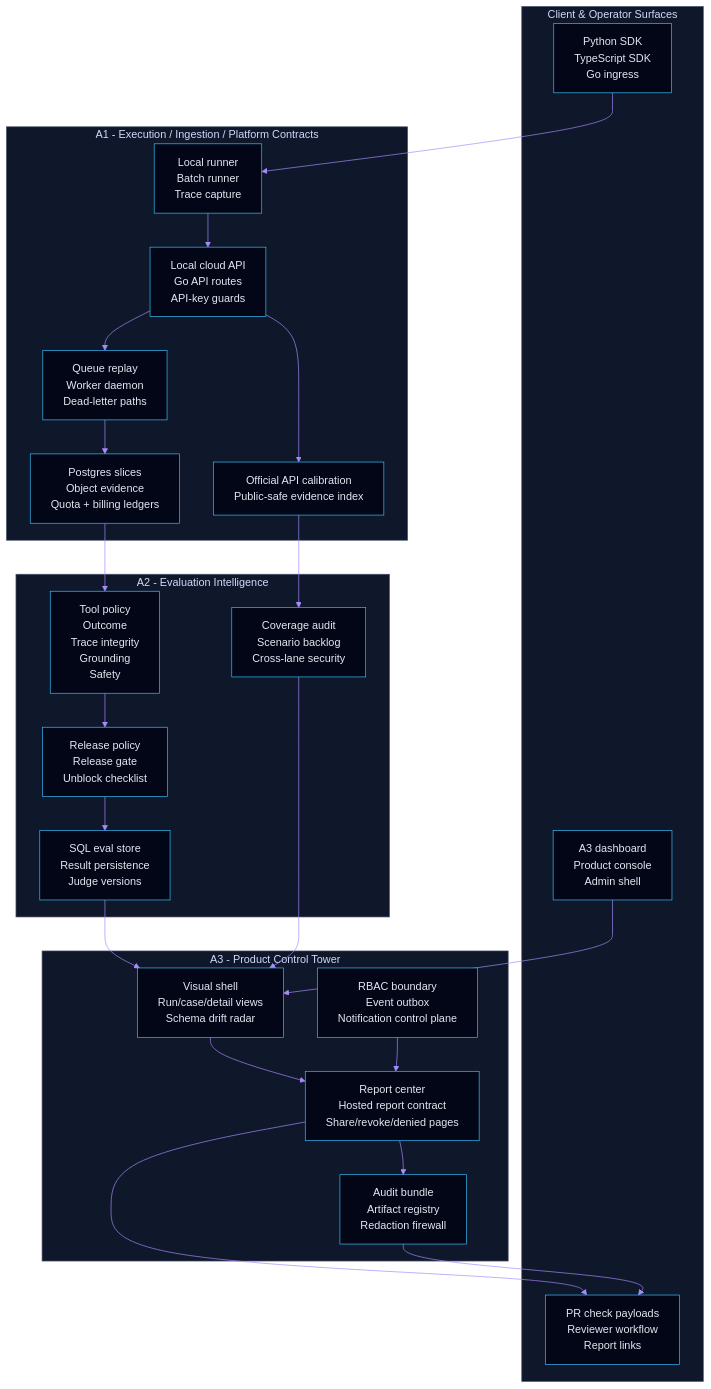
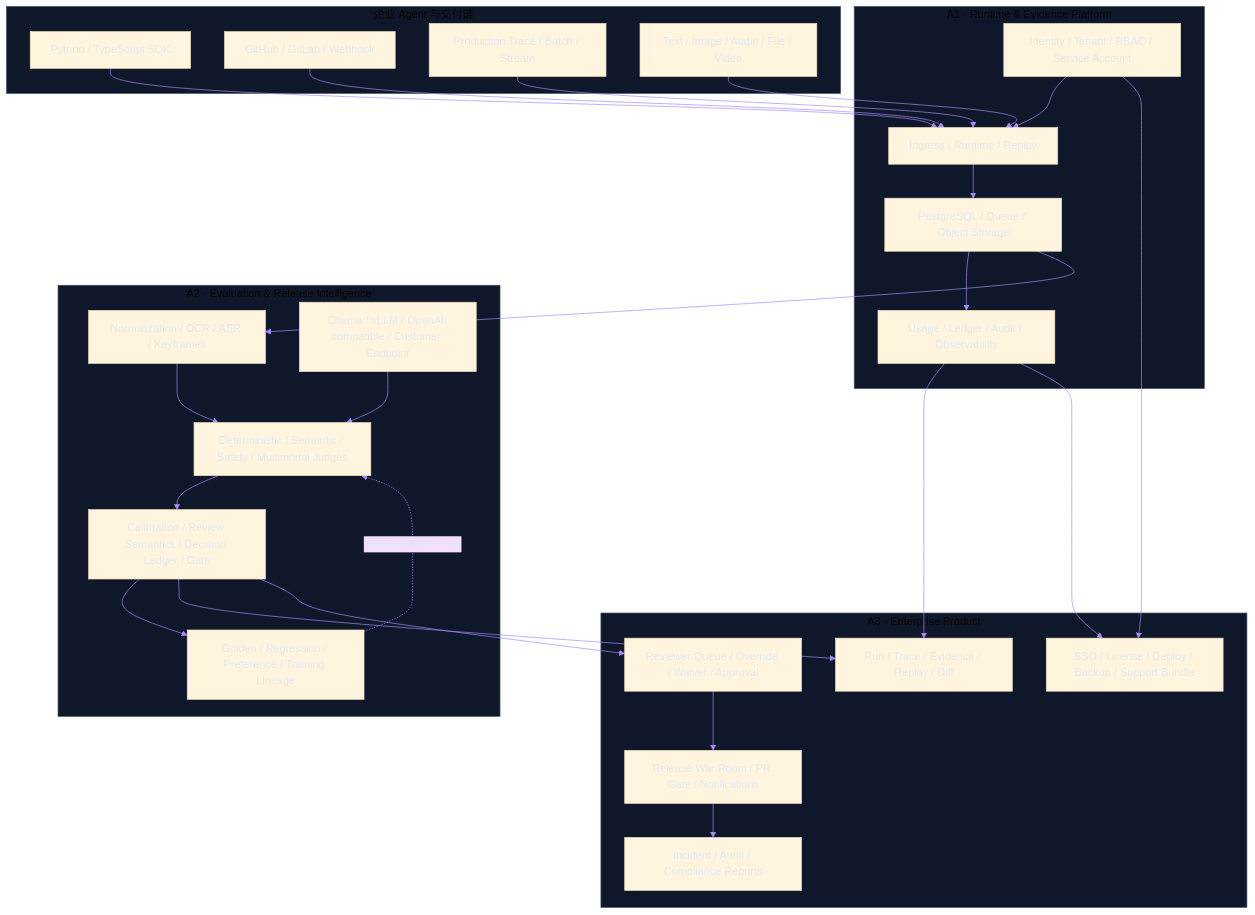
Before and after one commit to 3351666087/release-foundry: the second of 2 diagrams in README.md, drawn with Mermaid. The commit also changed other lines of this file and 5 other files, not shown here.

Commit message:
docs: unify enterprise release strategy

````diff
--- a/README.md
+++ b/README.md
@@ -106,44 +93,49 @@
 ```mermaid
-%%{init: {"theme": "base", "themeVariables": {"background": "transparent", "primaryColor": "#020617", "primaryTextColor": "#e2e8f0", "primaryBorderColor": "#38bdf8", "lineColor": "#a78bfa", "clusterBkg": "#0f172a", "clusterBorder": "#475569", "fontFamily": "Inter, ui-sans-serif, system-ui"}}}%%
+%%{init: {"theme": "base", "themeVariables": {"background": "transparent", "primaryTextColor": "#e2e8f0", "lineColor": "#a78bfa", "clusterBkg": "#0f172a", "clusterBorder": "#475569", "fontFamily": "Inter, ui-sans-serif, system-ui"}}}%%
 flowchart TB
-  subgraph Client["Client & Operator Surfaces"]
-    SDK["Python SDK\nTypeScript SDK\nGo ingress"]
-    UI["A3 dashboard\nProduct console\nAdmin shell"]
-    PR["PR check payloads\nReviewer workflow\nReport links"]
+  subgraph Sources["企业 Agent 与交付链"]
+    SDK["Python / TypeScript SDK"]
+    CI["GitHub / GitLab / Webhook"]
+    Trace["Production Trace / Batch / Stream"]
+    Media["Text / Image / Audio / File / Video"]
   end
 
-  subgraph A1["A1 - Execution / Ingestion / Platform Contracts"]
-    Runner["Local runner\nBatch runner\nTrace capture"]
-    API["Local cloud API\nGo API routes\nAPI-key guards"]
-    Queue["Queue replay\nWorker daemon\nDead-letter paths"]
-    Store["Postgres slices\nObject evidence\nQuota + billing ledgers"]
-    Cal["Official API calibration\nPublic-safe evidence index"]
+  subgraph A1["A1 · Runtime & Evidence Platform"]
+    Ingress["Ingress / Runtime / Replay"]
+    Identity["Identity / Tenant / RBAC / Service Account"]
+    Durable["PostgreSQL / Queue / Object Storage"]
+    Platform["Usage / Ledger / Audit / Observability"]
   end
 
-  subgraph A2["A2 - Evaluation Intelligence"]
-    Judges["Tool policy\nOutcome\nTrace integrity\nGrounding\nSafety"]
-    Policy["Release policy\nRelease gate\nUnblock checklist"]
-    SQL["SQL eval store\nResult persistence\nJudge versions"]
-    Backlog["Coverage audit\nScenario backlog\nCross-lane security"]
+  subgraph A2["A2 · Evaluation & Release Intelligence"]
+    Extract["Normalization / OCR / ASR / Keyframes"]
+    Provider["Ollama / vLLM / OpenAI-compatible / Customer Endpoint"]
+    Judge["Deterministic / Semantic / Safety / Multimodal Judges"]
+    Decision["Calibration / Review Semantics / Decision Ledger / Gate"]
+    Learning["Golden / Regression / Preference / Training Lineage"]
   end
 
-  subgraph A3["A3 - Product Control Tower"]
-    Dash["Visual shell\nRun/case/detail views\nSchema drift radar"]
-    Reports["Report center\nHosted report contract\nShare/revoke/denied pages"]
-    Gov["RBAC boundary\nEvent outbox\nNotification control plane"]
-    Audit["Audit bundle\nArtifact registry\nRedaction firewall"]
+  subgraph A3["A3 · Enterprise Product"]
+    Console["Run / Trace / Evidence / Replay / Diff"]
+    Review["Reviewer Queue / Override / Waiver / Approval"]
+    Release["Release War Room / PR Gate / Notifications"]
+    Report["Incident / Audit / Compliance Reports"]
+    Admin["SSO / License / Deploy / Backup / Support Bundle"]
   end
 
-  SDK --> Runner --> API --> Queue --> Store
-  API --> Cal
-  Store --> Judges
-  Cal --> Backlog
-  Judges --> Policy --> SQL
-  SQL --> Dash
-  Backlog --> Dash
-  Dash --> Reports --> PR
-  Reports --> Audit
-  UI --> Dash
-  Gov --> Reports
-  Audit --> PR
+  SDK & CI & Trace & Media --> Ingress
+  Ingress --> Durable
+  Identity --> Ingress
+  Durable --> Platform
+  Durable --> Extract
+  Extract --> Judge
+  Provider --> Judge
+  Judge --> Decision
+  Decision --> Learning
+  Learning -. "候选版本重新过门禁" .-> Judge
+  Platform --> Console
+  Decision --> Console
+  Decision --> Review --> Release --> Report
+  Identity --> Admin
+  Platform --> Admin
 ```
````
